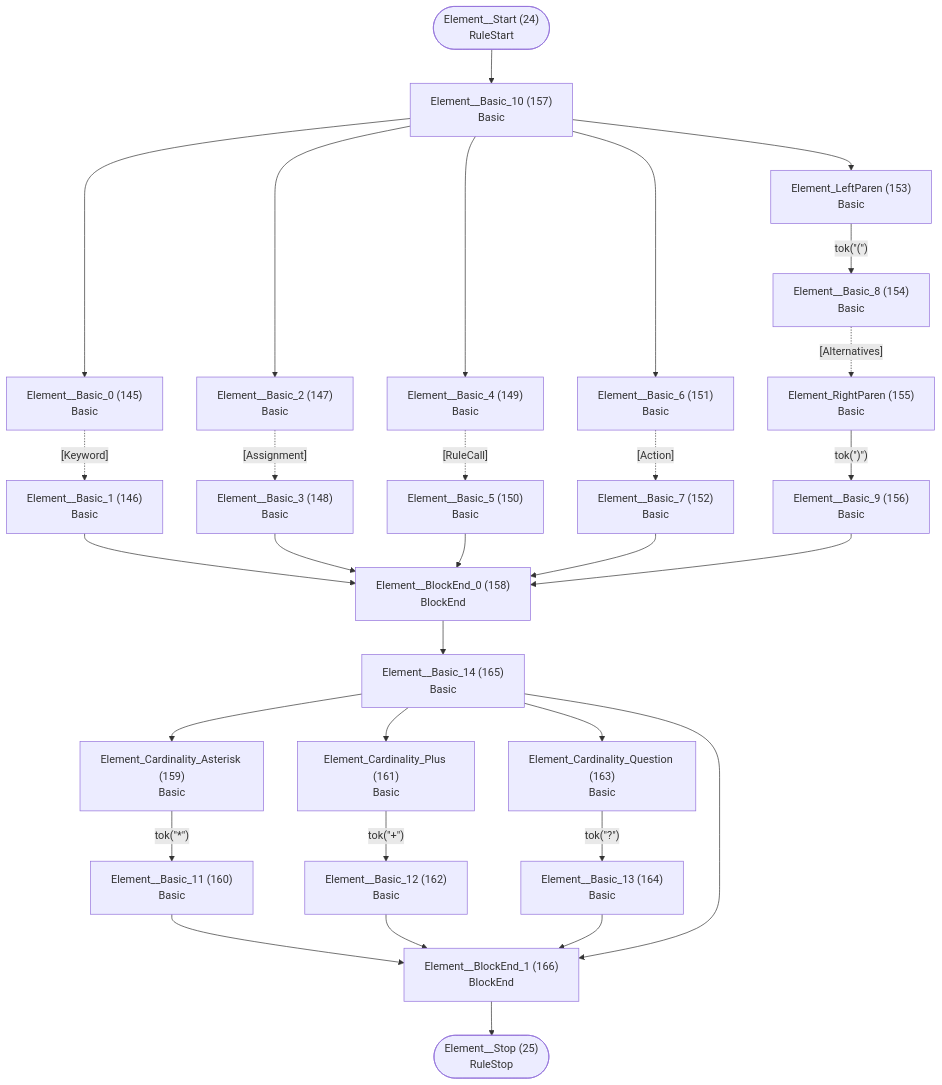
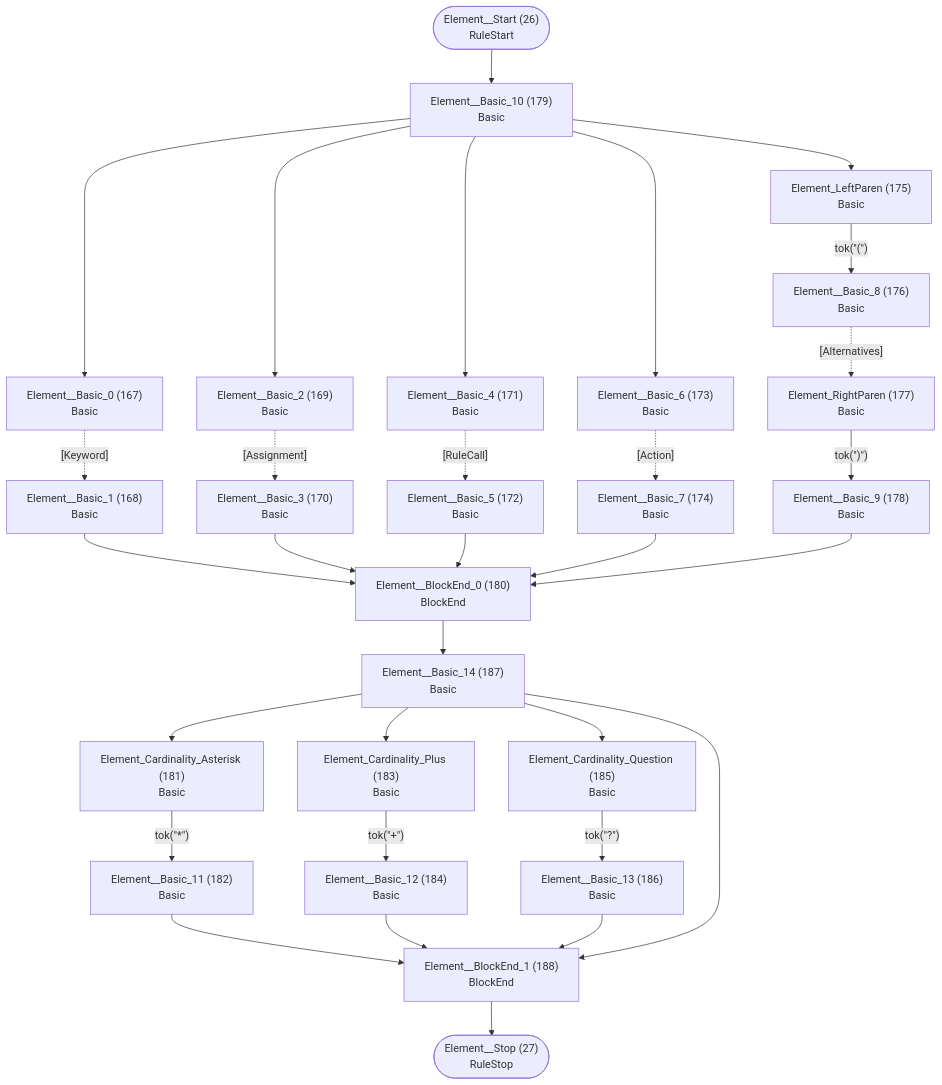
Diagram 14 of 26 in internal/grammar/atn.md (TypeFox/fastbelt), drawn with Mermaid before and after one commit. The commit also changed other lines of this file and 51 other files, not shown here.

````diff
--- a/internal/grammar/atn.md
+++ b/internal/grammar/atn.md
@@ -334,58 +388,58 @@
 ```mermaid
 flowchart TD
-    q24(["Element__Start (24)<br/>RuleStart"])
-    q25(["Element__Stop (25)<br/>RuleStop"])
-    q145["Element__Basic_0 (145)<br/>Basic<br/>"]
-    q146["Element__Basic_1 (146)<br/>Basic<br/>"]
-    q147["Element__Basic_2 (147)<br/>Basic<br/>"]
-    q148["Element__Basic_3 (148)<br/>Basic<br/>"]
-    q149["Element__Basic_4 (149)<br/>Basic<br/>"]
-    q150["Element__Basic_5 (150)<br/>Basic<br/>"]
-    q151["Element__Basic_6 (151)<br/>Basic<br/>"]
-    q152["Element__Basic_7 (152)<br/>Basic<br/>"]
-    q153["Element_LeftParen (153)<br/>Basic<br/>"]
-    q154["Element__Basic_8 (154)<br/>Basic<br/>"]
-    q155["Element_RightParen (155)<br/>Basic<br/>"]
-    q156["Element__Basic_9 (156)<br/>Basic<br/>"]
-    q157["Element__Basic_10 (157)<br/>Basic<br/>"]
-    q158["Element__BlockEnd_0 (158)<br/>BlockEnd<br/>"]
-    q159["Element_Cardinality_Asterisk (159)<br/>Basic<br/>"]
-    q160["Element__Basic_11 (160)<br/>Basic<br/>"]
-    q161["Element_Cardinality_Plus (161)<br/>Basic<br/>"]
-    q162["Element__Basic_12 (162)<br/>Basic<br/>"]
-    q163["Element_Cardinality_Question (163)<br/>Basic<br/>"]
-    q164["Element__Basic_13 (164)<br/>Basic<br/>"]
-    q165["Element__Basic_14 (165)<br/>Basic<br/>"]
-    q166["Element__BlockEnd_1 (166)<br/>BlockEnd<br/>"]
+    q26(["Element__Start (26)<br/>RuleStart"])
+    q27(["Element__Stop (27)<br/>RuleStop"])
+    q167["Element__Basic_0 (167)<br/>Basic<br/>"]
+    q168["Element__Basic_1 (168)<br/>Basic<br/>"]
+    q169["Element__Basic_2 (169)<br/>Basic<br/>"]
+    q170["Element__Basic_3 (170)<br/>Basic<br/>"]
+    q171["Element__Basic_4 (171)<br/>Basic<br/>"]
+    q172["Element__Basic_5 (172)<br/>Basic<br/>"]
+    q173["Element__Basic_6 (173)<br/>Basic<br/>"]
+    q174["Element__Basic_7 (174)<br/>Basic<br/>"]
+    q175["Element_LeftParen (175)<br/>Basic<br/>"]
+    q176["Element__Basic_8 (176)<br/>Basic<br/>"]
+    q177["Element_RightParen (177)<br/>Basic<br/>"]
+    q178["Element__Basic_9 (178)<br/>Basic<br/>"]
+    q179["Element__Basic_10 (179)<br/>Basic<br/>"]
+    q180["Element__BlockEnd_0 (180)<br/>BlockEnd<br/>"]
+    q181["Element_Cardinality_Asterisk (181)<br/>Basic<br/>"]
+    q182["Element__Basic_11 (182)<br/>Basic<br/>"]
+    q183["Element_Cardinality_Plus (183)<br/>Basic<br/>"]
+    q184["Element__Basic_12 (184)<br/>Basic<br/>"]
+    q185["Element_Cardinality_Question (185)<br/>Basic<br/>"]
+    q186["Element__Basic_13 (186)<br/>Basic<br/>"]
+    q187["Element__Basic_14 (187)<br/>Basic<br/>"]
+    q188["Element__BlockEnd_1 (188)<br/>BlockEnd<br/>"]
 
-    q24 --> q157
-    q145 -.->|"[Keyword]"| q146
-    q146 --> q158
-    q147 -.->|"[Assignment]"| q148
-    q148 --> q158
-    q149 -.->|"[RuleCall]"| q150
-    q150 --> q158
-    q151 -.->|"[Action]"| q152
-    q152 --> q158
-    q153 -->|"tok(&quot;(&quot;)"| q154
-    q154 -.->|"[Alternatives]"| q155
-    q155 -->|"tok(&quot;)&quot;)"| q156
-    q156 --> q158
-    q157 --> q145
-    q157 --> q147
-    q157 --> q149
-    q157 --> q151
-    q157 --> q153
-    q158 --> q165
-    q159 -->|"tok(&quot;*&quot;)"| q160
-    q160 --> q166
-    q161 -->|"tok(&quot;+&quot;)"| q162
-    q162 --> q166
-    q163 -->|"tok(&quot;?&quot;)"| q164
-    q164 --> q166
-    q165 --> q159
-    q165 --> q161
-    q165 --> q163
-    q165 --> q166
-    q166 --> q25
+    q26 --> q179
+    q167 -.->|"[Keyword]"| q168
+    q168 --> q180
+    q169 -.->|"[Assignment]"| q170
+    q170 --> q180
+    q171 -.->|"[RuleCall]"| q172
+    q172 --> q180
+    q173 -.->|"[Action]"| q174
+    q174 --> q180
+    q175 -->|"tok(&quot;(&quot;)"| q176
+    q176 -.->|"[Alternatives]"| q177
+    q177 -->|"tok(&quot;)&quot;)"| q178
+    q178 --> q180
+    q179 --> q167
+    q179 --> q169
+    q179 --> q171
+    q179 --> q173
+    q179 --> q175
+    q180 --> q187
+    q181 -->|"tok(&quot;*&quot;)"| q182
+    q182 --> q188
+    q183 -->|"tok(&quot;+&quot;)"| q184
+    q184 --> q188
+    q185 -->|"tok(&quot;?&quot;)"| q186
+    q186 --> q188
+    q187 --> q181
+    q187 --> q183
+    q187 --> q185
+    q187 --> q188
+    q188 --> q27
 ```
````
